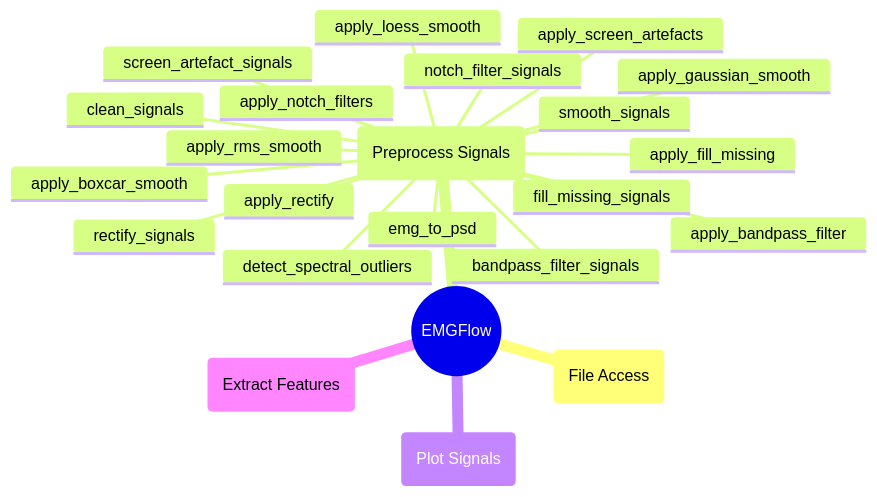
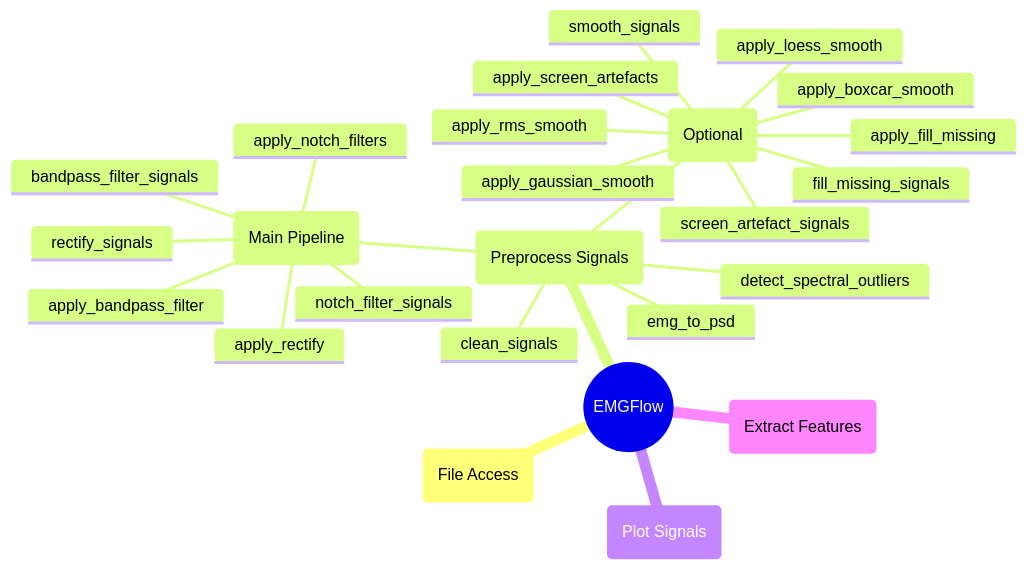
The diagram in docs/reference/preprocess-signals.md (WiIIson/EMGFlow-Python-Package), drawn with Mermaid before and after one commit. The commit also changed other lines of this file and 4 other files, not shown here.

````diff
--- a/docs/reference/preprocess-signals.md
+++ b/docs/reference/preprocess-signals.md
@@ -7,26 +7,28 @@
 ```mermaid
 mindmap
     root((EMGFlow))
         AF(File Access)
         PrS(Preprocess Signals)
             emg_to_psd
-            apply_notch_filters
-            notch_filter_signals
-            apply_bandpass_filter
-            bandpass_filter_signals
-            apply_rectify
-            rectify_signals
-            apply_screen_artefacts
-            screen_artefact_signals
-            apply_fill_missing
-            fill_missing_signals
-            apply_boxcar_smooth
-            apply_rms_smooth
-            apply_gaussian_smooth
-            apply_loess_smooth
-            smooth_signals
+            (Main Pipeline)
+                apply_notch_filters
+                notch_filter_signals
+                apply_bandpass_filter
+                bandpass_filter_signals
+                apply_rectify
+                rectify_signals
+            (Optional)
+                apply_screen_artefacts
+                screen_artefact_signals
+                apply_fill_missing
+                fill_missing_signals
+                apply_boxcar_smooth
+                apply_rms_smooth
+                apply_gaussian_smooth
+                apply_loess_smooth
+                smooth_signals
             clean_signals
             detect_spectral_outliers
         PlS(Plot Signals)
         EF(Extract Features)
 ```
````
